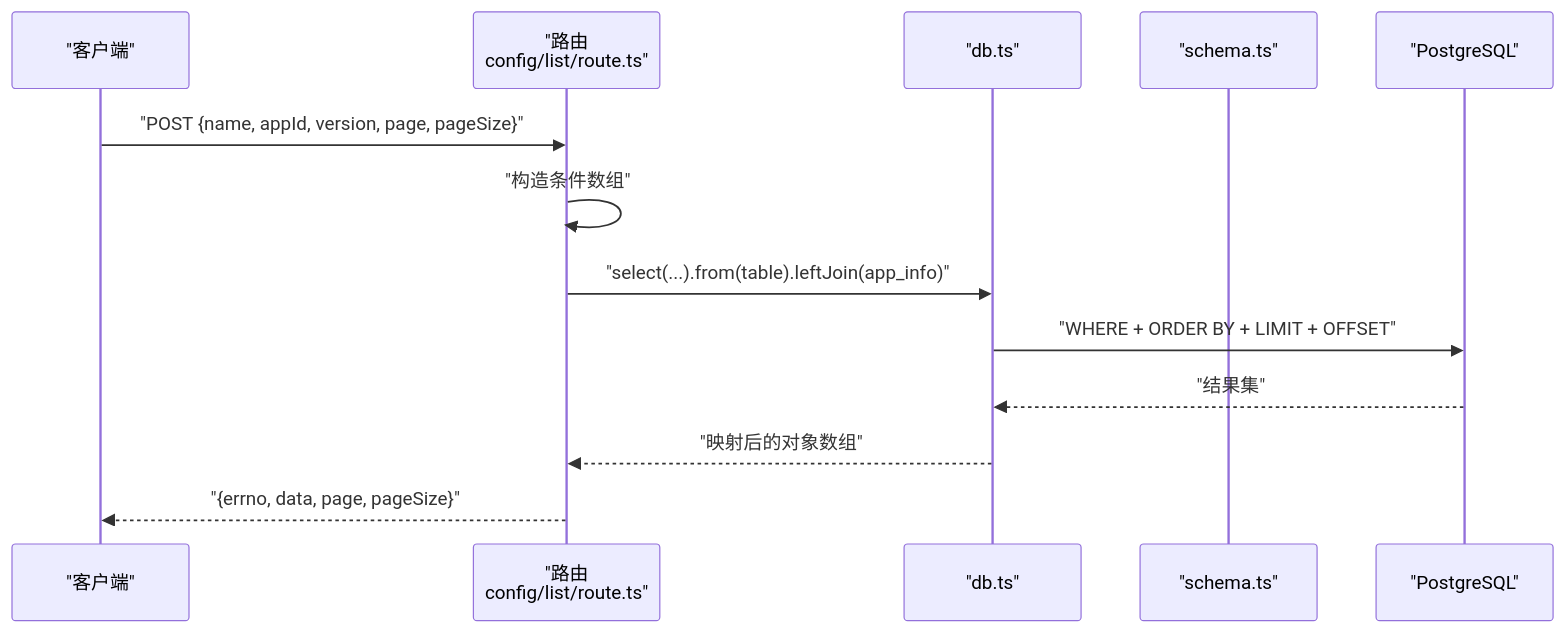
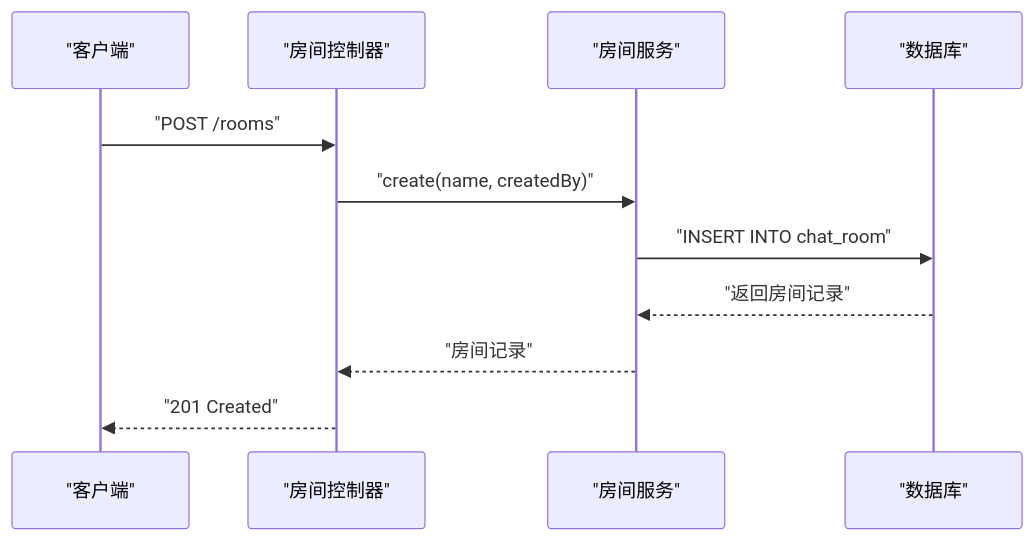
Before and after one commit to HAOFUYANG/nextjs-admin: the fifth of 6 diagrams in .qoder/repowiki/zh/content/数据库集成/数据库集成.md, drawn with Mermaid. The commit also changed other lines of this file and 36 other files, not shown here.

````diff
--- a/.qoder/repowiki/zh/content/数据库集成/数据库集成.md
+++ b/.qoder/repowiki/zh/content/数据库集成/数据库集成.md
@@ -225,15 +336,13 @@
 ```mermaid
 sequenceDiagram
 participant Client as "客户端"
-participant Route as "路由<br/>config/list/route.ts"
-participant DB as "db.ts"
-participant Schema as "schema.ts"
-participant Pg as "PostgreSQL"
-Client->>Route : "POST {name, appId, version, page, pageSize}"
-Route->>Route : "构造条件数组"
-Route->>DB : "select(...).from(table).leftJoin(app_info)"
-DB->>Pg : "WHERE + ORDER BY + LIMIT + OFFSET"
-Pg-->>DB : "结果集"
-DB-->>Route : "映射后的对象数组"
-Route-->>Client : "{errno, data, page, pageSize}"
+participant Controller as "房间控制器"
+participant RoomService as "房间服务"
+participant DB as "数据库"
+Client->>Controller : "POST /rooms"
+Controller->>RoomService : "create(name, createdBy)"
+RoomService->>DB : "INSERT INTO chat_room"
+DB-->>RoomService : "返回房间记录"
+RoomService-->>Controller : "房间记录"
+Controller-->>Client : "201 Created"
 ```
````
